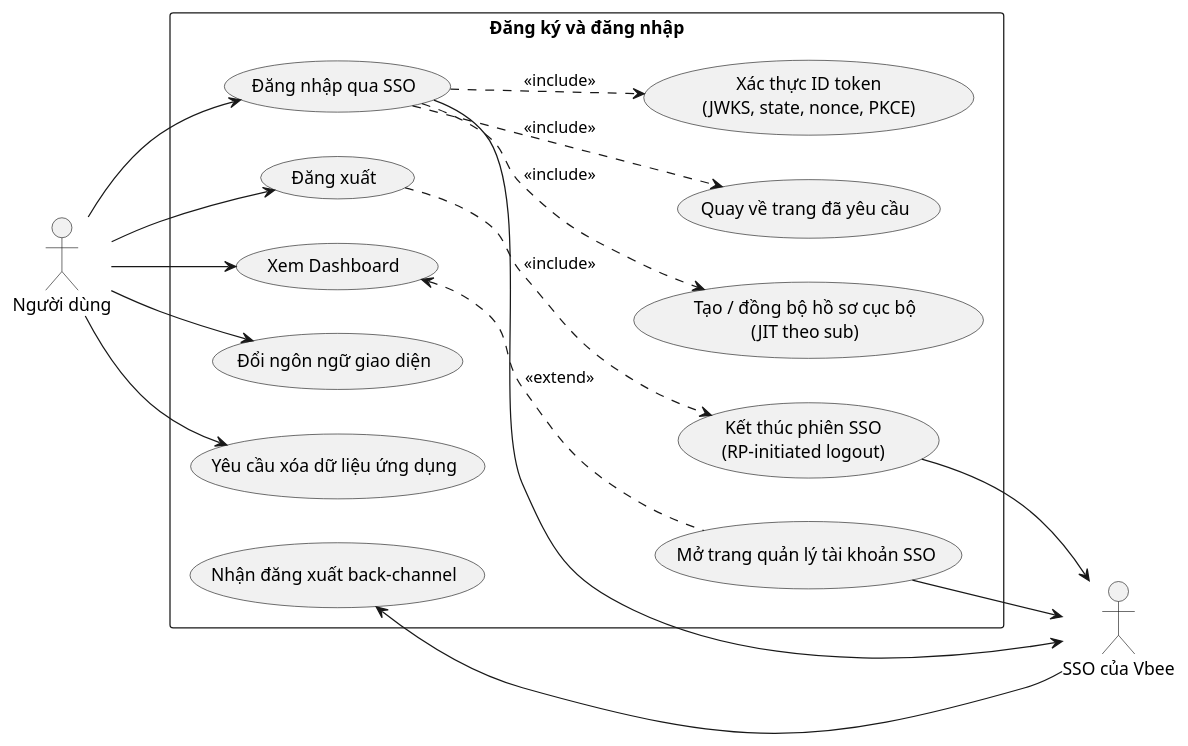
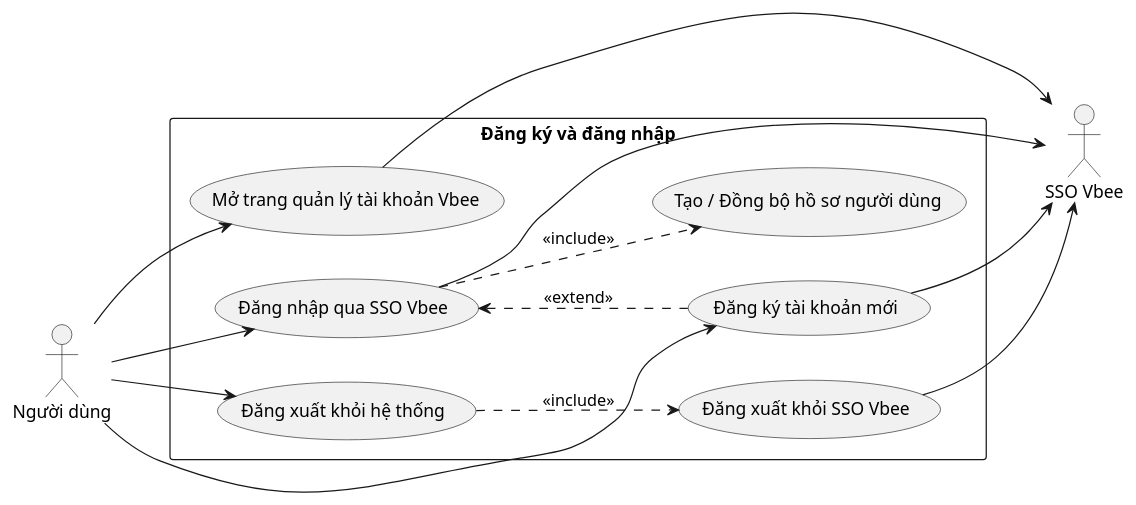
Before and after one commit to 202416852-anhpv/story2video-docs: the diagram in docs/bieu-do-uc/bieu-do-uc-chi-tiet/dang-ky-dang-nhap.puml, drawn with PlantUML. The commit also changed 1 other file, not shown here.

```diff
--- a/docs/bieu-do-uc/bieu-do-uc-chi-tiet/dang-ky-dang-nhap.puml
+++ b/docs/bieu-do-uc/bieu-do-uc-chi-tiet/dang-ky-dang-nhap.puml
@@ -1,36 +1,30 @@
 @startuml dang-ky-dang-nhap
 left to right direction
 
 actor "Người dùng" as User
-actor "SSO của Vbee" as SSO
+actor "SSO Vbee" as SSO_Vbee
 
 rectangle "Đăng ký và đăng nhập" {
-    usecase "Đăng nhập qua SSO" as UC1
-    usecase "Xác thực ID token\n(JWKS, state, nonce, PKCE)" as UC1a
-    usecase "Tạo / đồng bộ hồ sơ cục bộ\n(JIT theo sub)" as UC1b
-    usecase "Quay về trang đã yêu cầu" as UC1c
-    usecase "Đăng xuất" as UC2
-    usecase "Kết thúc phiên SSO\n(RP-initiated logout)" as UC2a
-    usecase "Xem Dashboard" as UC3
-    usecase "Đổi ngôn ngữ giao diện" as UC4
-    usecase "Mở trang quản lý tài khoản SSO" as UC5
-    usecase "Yêu cầu xóa dữ liệu ứng dụng" as UC6
-    usecase "Nhận đăng xuất back-channel" as UC7
+    usecase "Đăng nhập qua SSO Vbee" as UC_01
+    usecase "Đăng ký tài khoản mới" as UC_02
+    usecase "Tạo / Đồng bộ hồ sơ người dùng" as UC_03
+    usecase "Đăng xuất khỏi hệ thống" as UC_04
+    usecase "Đăng xuất khỏi SSO Vbee" as UC_05
+    usecase "Mở trang quản lý tài khoản Vbee" as UC_06
 }
 
-User --> UC1
-User --> UC2
-User --> UC3
-User --> UC4
-User --> UC6
-UC1 ..> UC1a : <<include>>
-UC1 ..> UC1b : <<include>>
-UC1 ..> UC1c : <<include>>
-UC2 ..> UC2a : <<include>>
-UC3 <.. UC5 : <<extend>>
-UC1 --> SSO
-UC2a --> SSO
-UC5 --> SSO
-SSO --> UC7
+User --> UC_01
+User --> UC_02
+User --> UC_04
+User --> UC_06
+
+UC_01 <.. UC_02 : <<extend>>
+UC_01 ..> UC_03 : <<include>>
+UC_04 ..> UC_05 : <<include>>
+
+UC_01 --> SSO_Vbee
+UC_02 --> SSO_Vbee
+UC_05 --> SSO_Vbee
+UC_06 --> SSO_Vbee
 
 @enduml
```
